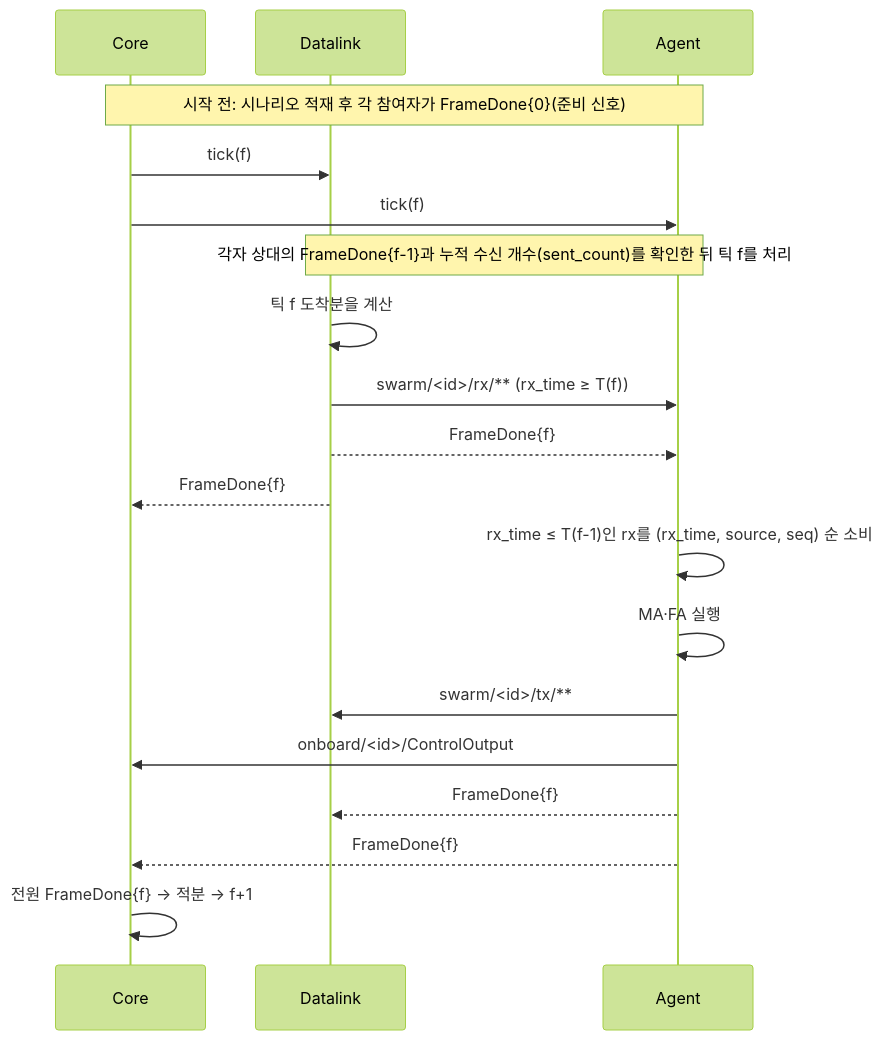
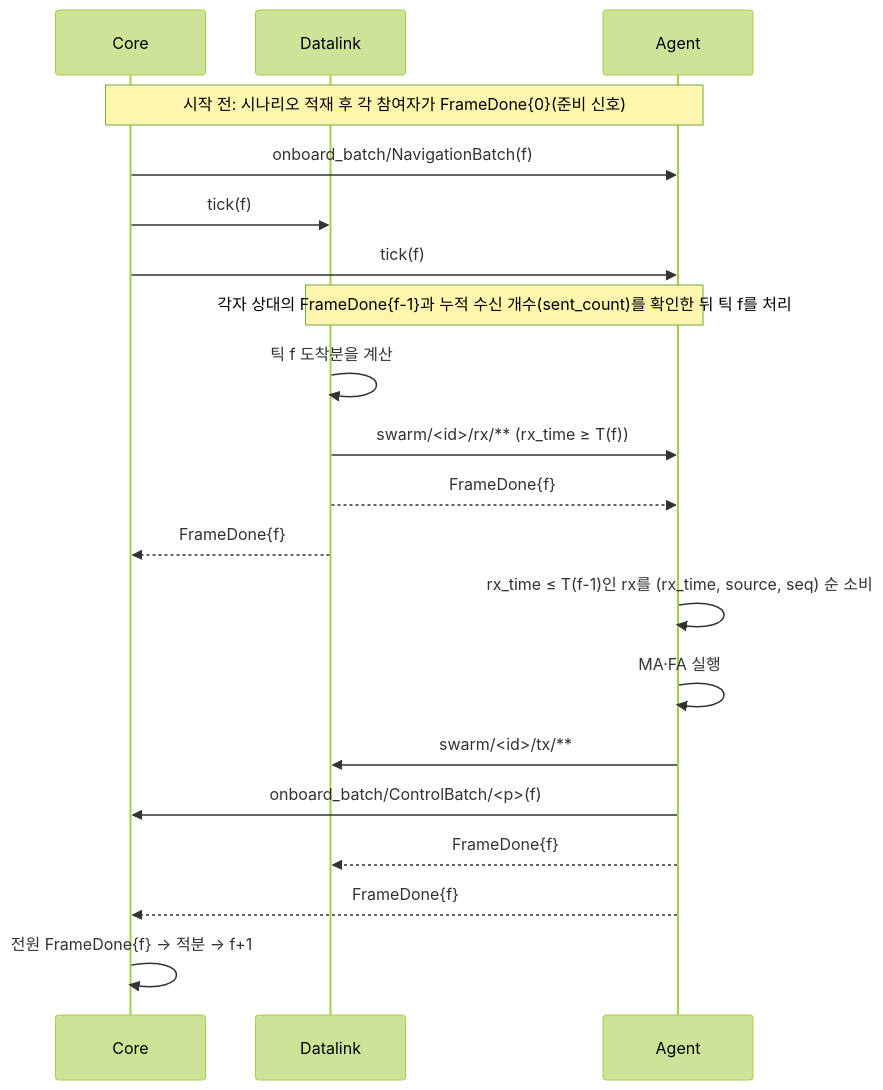
One commit to Kimbyung-wook/SwarmFlSim changed the third of 3 diagrams in docs/41_dev/03_architecture.md. Above: the diagram before and after it, drawn with Mermaid (forest theme). The commit also changed other lines of this file and 15 other files, not shown here.

````diff
--- a/docs/41_dev/03_architecture.md
+++ b/docs/41_dev/03_architecture.md
@@ -110,21 +114,22 @@
 ```mermaid
 sequenceDiagram
     participant CO as Core
     participant DL as Datalink
     participant AG as Agent
     Note over CO,AG: 시작 전: 시나리오 적재 후 각 참여자가 FrameDone{0}(준비 신호)
+    CO->>AG: onboard_batch/NavigationBatch(f)
     CO->>DL: tick(f)
     CO->>AG: tick(f)
     Note over DL,AG: 각자 상대의 FrameDone{f-1}과 누적 수신 개수(sent_count)를 확인한 뒤 틱 f를 처리
     DL->>DL: 틱 f 도착분을 계산
     DL->>AG: swarm/<id>/rx/** (rx_time ≥ T(f))
     DL-->>AG: FrameDone{f}
     DL-->>CO: FrameDone{f}
     AG->>AG: rx_time ≤ T(f-1)인 rx를 (rx_time, source, seq) 순 소비
     AG->>AG: MA·FA 실행
     AG->>DL: swarm/<id>/tx/**
-    AG->>CO: onboard/<id>/ControlOutput
+    AG->>CO: onboard_batch/ControlBatch/<p>(f)
     AG-->>DL: FrameDone{f}
     AG-->>CO: FrameDone{f}
     CO->>CO: 전원 FrameDone{f} → 적분 → f+1
 ```
````
